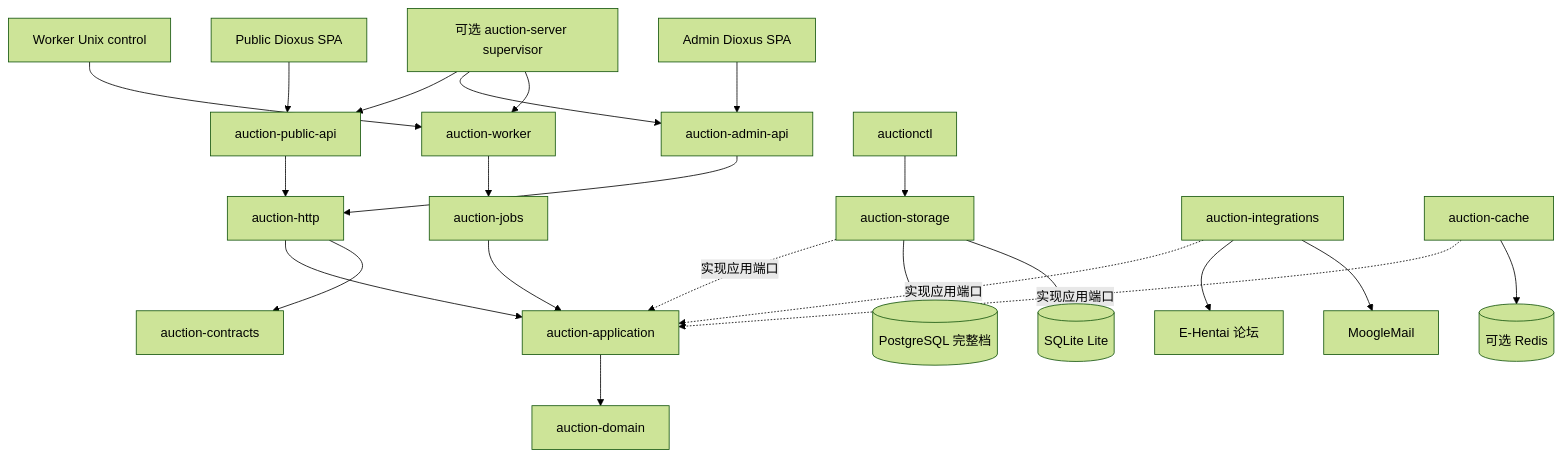
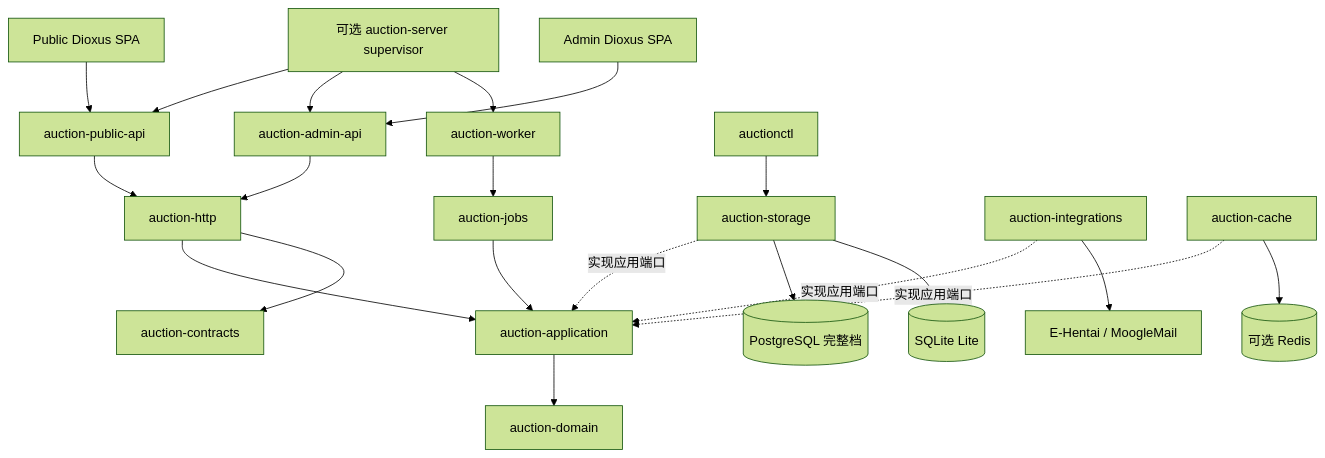
One commit to ngnlAYY/Auction changed the diagram in DESIGN.md. Above: the diagram before and after it, drawn with Mermaid (forest theme). The commit also changed other lines of this file and 47 other files, not shown here.

````diff
--- a/DESIGN.md
+++ b/DESIGN.md
@@ -31,25 +17,23 @@
 ```mermaid
 flowchart TD
     BrowserPublic[Public Dioxus SPA] --> Public[auction-public-api]
     BrowserAdmin[Admin Dioxus SPA] --> Admin[auction-admin-api]
     Public --> HTTP[auction-http]
     Admin --> HTTP
     Worker[auction-worker] --> Jobs[auction-jobs]
     HTTP --> App[auction-application]
     Jobs --> App
     App --> Domain[auction-domain]
     HTTP --> Contracts[auction-contracts]
     Storage[auction-storage] -.->|实现应用端口| App
     Integrations[auction-integrations] -.->|实现应用端口| App
     Cache[auction-cache] -.->|实现应用端口| App
     Storage --> PostgreSQL[(PostgreSQL 完整档)]
     Storage --> SQLite[(SQLite Lite)]
     Cache --> Redis[(可选 Redis)]
-    Integrations --> Forum[E-Hentai 论坛]
-    Integrations --> Mail[MoogleMail]
-    Control[Worker Unix control] --> Worker
+    Integrations --> Remote[E-Hentai / MoogleMail]
     Ctl[auctionctl] --> Storage
     Server[可选 auction-server supervisor] --> Public
     Server --> Admin
     Server --> Worker
 ```
````
